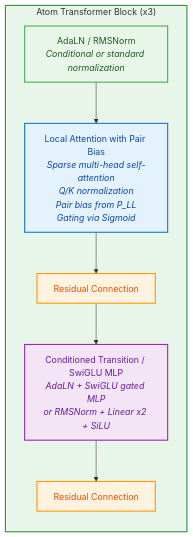
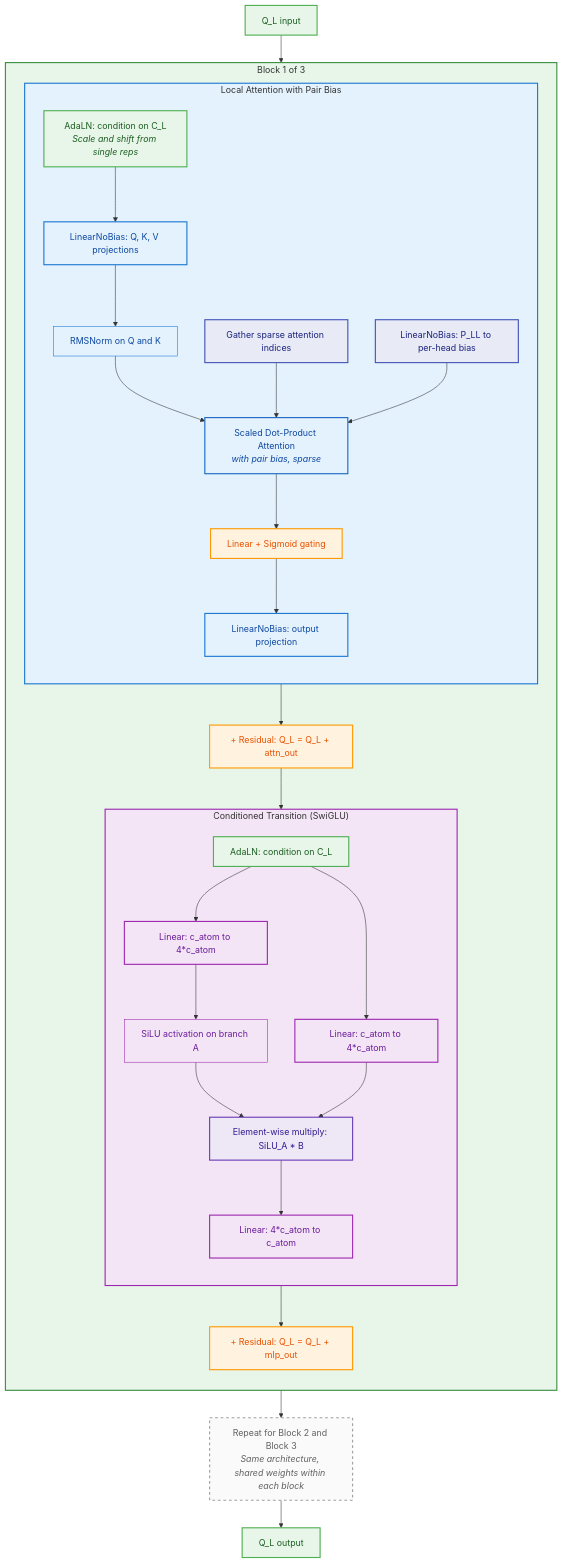
One commit to RTae/foundry changed the third of 5 diagrams in models/rfd3/RFD3_architecture_mermaid.md. Above: the diagram before and after it, drawn with Mermaid. The commit also changed other lines of this file, not shown here.

Commit message:
refactor: enhance RFD3 architecture documentation with detailed breakdown of model components and flow

````diff
--- a/models/rfd3/RFD3_architecture_mermaid.md
+++ b/models/rfd3/RFD3_architecture_mermaid.md
@@ -96,19 +178,64 @@
 ```mermaid
 flowchart TD
-    subgraph AtomTransformerBlock["Atom Transformer Block (x3)"]
+    INPUT[Q_L input] --> BLOCK1
+
+    subgraph BLOCK1["Block 1 of 3"]
         direction TB
-        B1[AdaLN / RMSNorm<br><i>Conditional or standard normalization</i>]
-        B2[Local Attention with Pair Bias<br><i>Sparse multi-head self-attention<br>Q/K normalization<br>Pair bias from P_LL<br>Gating via Sigmoid</i>]
-        B3[Residual Connection]
-        B4[Conditioned Transition / SwiGLU MLP<br><i>AdaLN + SwiGLU gated MLP<br>or RMSNorm + Linear x2 + SiLU</i>]
-        B5[Residual Connection]
-        B1 --> B2 --> B3 --> B4 --> B5
+        subgraph Attn1["Local Attention with Pair Bias"]
+            direction TB
+            N1[AdaLN: condition on C_L<br><i>Scale and shift from single reps</i>]
+            QKV1[LinearNoBias: Q, K, V projections]
+            QKNORM1[RMSNorm on Q and K]
+            GATHER1[Gather sparse attention indices]
+            BIAS1[LinearNoBias: P_LL to per-head bias]
+            SDPA1[Scaled Dot-Product Attention<br><i>with pair bias, sparse</i>]
+            GATE1[Linear + Sigmoid gating]
+            OUT1A[LinearNoBias: output projection]
+            N1 --> QKV1 --> QKNORM1 --> SDPA1
+            GATHER1 --> SDPA1
+            BIAS1 --> SDPA1
+            SDPA1 --> GATE1 --> OUT1A
+        end
+        RES1[+ Residual: Q_L = Q_L + attn_out]
+        subgraph MLP1["Conditioned Transition (SwiGLU)"]
+            direction TB
+            AN1[AdaLN: condition on C_L]
+            LIN1A[Linear: c_atom to 4*c_atom]
+            LIN1B[Linear: c_atom to 4*c_atom]
+            SILU1[SiLU activation on branch A]
+            MULT1[Element-wise multiply: SiLU_A * B]
+            LIN1C[Linear: 4*c_atom to c_atom]
+            AN1 --> LIN1A --> SILU1 --> MULT1
+            AN1 --> LIN1B --> MULT1
+            MULT1 --> LIN1C
+        end
+        RES1B[+ Residual: Q_L = Q_L + mlp_out]
+        Attn1 --> RES1 --> MLP1 --> RES1B
     end
 
-    style B1 fill:#e8f5e9,stroke:#4CAF50,stroke-width:2px,color:#1B5E20
-    style B2 fill:#e3f2fd,stroke:#1976D2,stroke-width:2px,color:#0D47A1
-    style B3 fill:#fff3e0,stroke:#FF9800,stroke-width:2px,color:#E65100
-    style B4 fill:#f3e5f5,stroke:#9C27B0,stroke-width:2px,color:#6A1B9A
-    style B5 fill:#fff3e0,stroke:#FF9800,stroke-width:2px,color:#E65100
-    style AtomTransformerBlock fill:#e8f5e9,stroke:#388E3C,stroke-width:2px
+    BLOCK1 --> REPEAT["Repeat for Block 2 and Block 3<br><i>Same architecture, shared weights within each block</i>"]
+    REPEAT --> OUTQ[Q_L output]
+
+    style INPUT fill:#e8f5e9,stroke:#4CAF50,stroke-width:2px,color:#1B5E20
+    style N1 fill:#e8f5e9,stroke:#4CAF50,stroke-width:2px,color:#1B5E20
+    style QKV1 fill:#e3f2fd,stroke:#1976D2,stroke-width:2px,color:#0D47A1
+    style QKNORM1 fill:#e3f2fd,stroke:#1976D2,stroke-width:1px,color:#0D47A1
+    style GATHER1 fill:#e8eaf6,stroke:#3F51B5,stroke-width:2px,color:#1A237E
+    style BIAS1 fill:#e8eaf6,stroke:#3F51B5,stroke-width:2px,color:#1A237E
+    style SDPA1 fill:#e3f2fd,stroke:#1565C0,stroke-width:2px,color:#0D47A1
+    style GATE1 fill:#fff3e0,stroke:#FF9800,stroke-width:2px,color:#E65100
+    style OUT1A fill:#e3f2fd,stroke:#1976D2,stroke-width:2px,color:#0D47A1
+    style RES1 fill:#fff3e0,stroke:#FF9800,stroke-width:2px,color:#E65100
+    style AN1 fill:#e8f5e9,stroke:#4CAF50,stroke-width:2px,color:#1B5E20
+    style LIN1A fill:#f3e5f5,stroke:#9C27B0,stroke-width:2px,color:#6A1B9A
+    style LIN1B fill:#f3e5f5,stroke:#9C27B0,stroke-width:2px,color:#6A1B9A
+    style SILU1 fill:#f3e5f5,stroke:#9C27B0,stroke-width:1px,color:#6A1B9A
+    style MULT1 fill:#ede7f6,stroke:#673AB7,stroke-width:2px,color:#311B92
+    style LIN1C fill:#f3e5f5,stroke:#9C27B0,stroke-width:2px,color:#6A1B9A
+    style RES1B fill:#fff3e0,stroke:#FF9800,stroke-width:2px,color:#E65100
+    style REPEAT fill:#fafafa,stroke:#9E9E9E,stroke-width:2px,stroke-dasharray:5 5,color:#616161
+    style OUTQ fill:#e8f5e9,stroke:#4CAF50,stroke-width:2px,color:#1B5E20
+    style Attn1 fill:#e3f2fd,stroke:#1976D2,stroke-width:2px
+    style MLP1 fill:#f3e5f5,stroke:#9C27B0,stroke-width:2px
+    style BLOCK1 fill:#e8f5e9,stroke:#388E3C,stroke-width:2px
 ```
````
